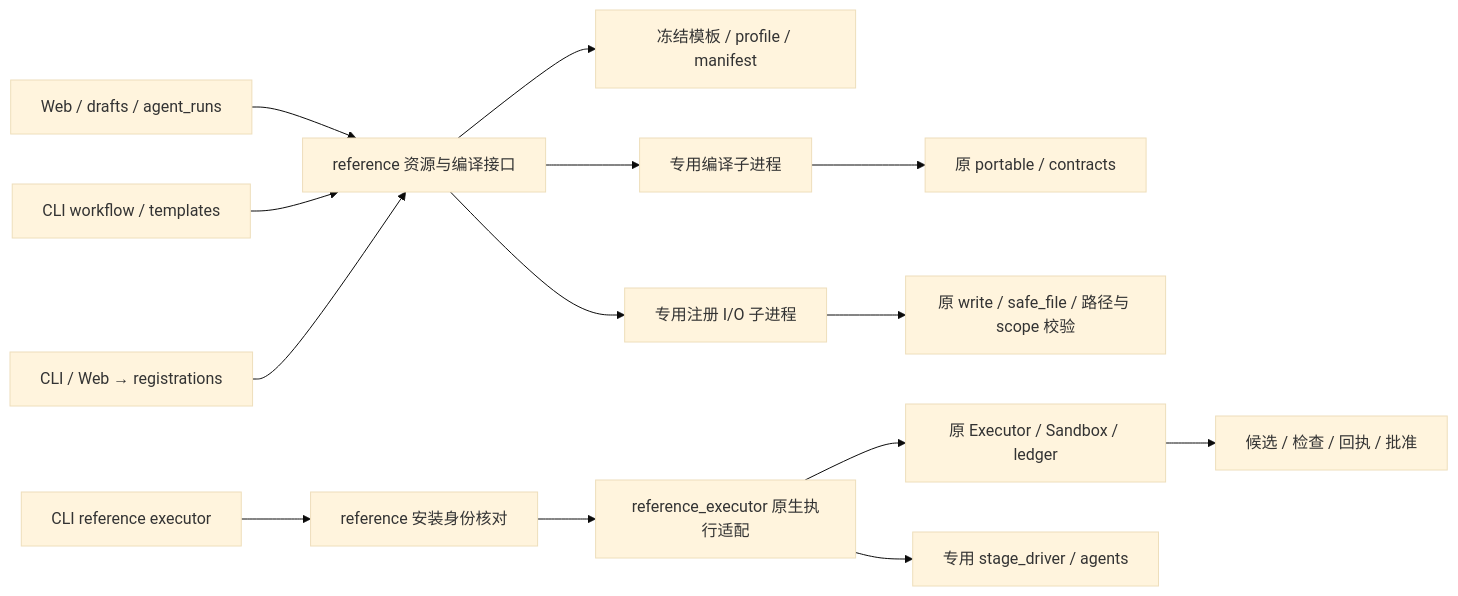
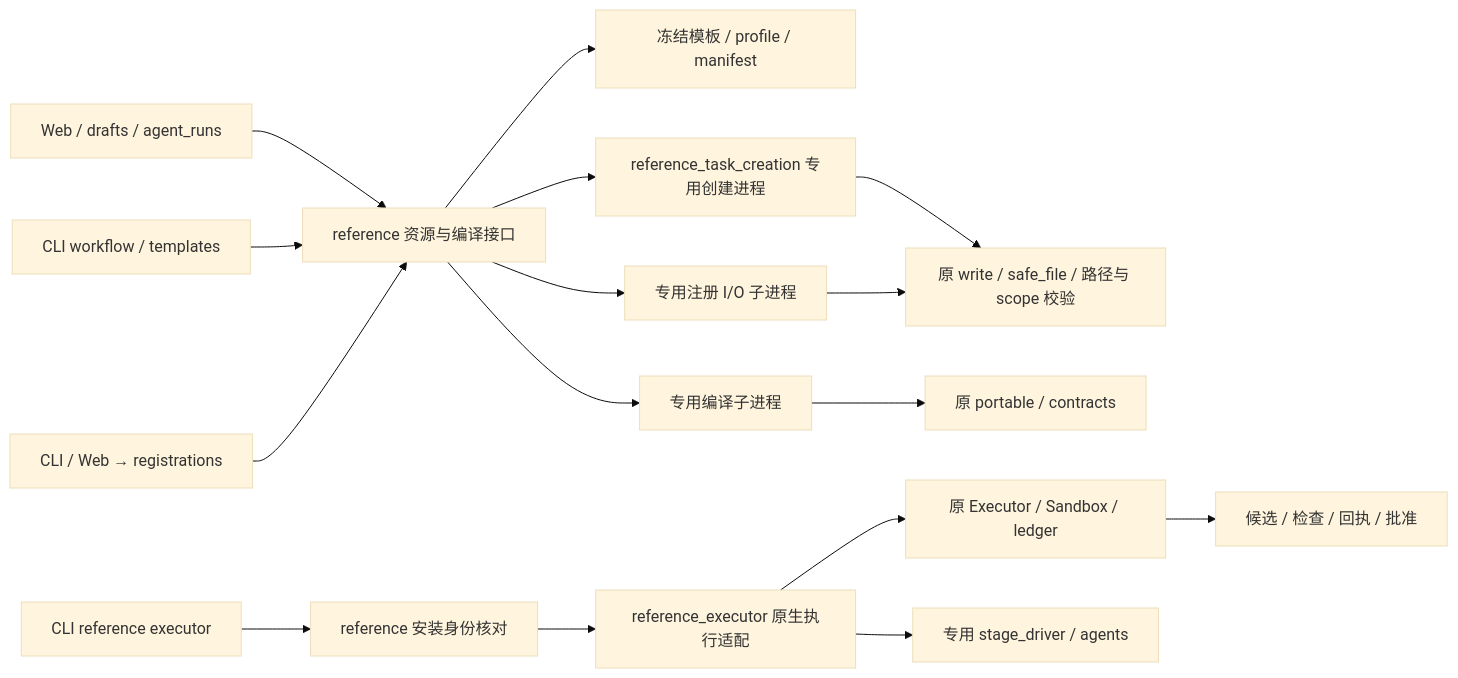
Before and after one commit to 626619403/Ergora: the diagram in docs/architecture/reference-boundary.md, drawn with Mermaid (base theme). The commit also changed other lines of this file and 19 other files, not shown here.

Commit message:
feat: preview and recover immutable formal task creation

````diff
--- a/docs/architecture/reference-boundary.md
+++ b/docs/architecture/reference-boundary.md
@@ -7,16 +7,18 @@
 ```mermaid
 flowchart LR
   Web[Web / drafts / agent_runs] --> Ref[reference 资源与编译接口]
   CLI[CLI workflow / templates] --> Ref
   Registration[CLI / Web → registrations] --> Ref
   Ref --> Resources[冻结模板 / profile / manifest]
+  Ref --> Creation[reference_task_creation 专用创建进程]
+  Creation --> Files
   Ref --> Compiler[专用编译子进程]
   Compiler --> Portable[原 portable / contracts]
   Ref --> Projection[专用注册 I/O 子进程]
   Projection --> Files[原 write / safe_file / 路径与 scope 校验]
   ExecCLI[CLI reference executor] --> Identity[reference 安装身份核对]
   Identity --> Bridge[reference_executor 原生执行适配]
   Bridge --> Original[原 Executor / Sandbox / ledger]
   Bridge --> Driver[专用 stage_driver / agents]
   Original --> Evidence[候选 / 检查 / 回执 / 批准]
 ```
````
